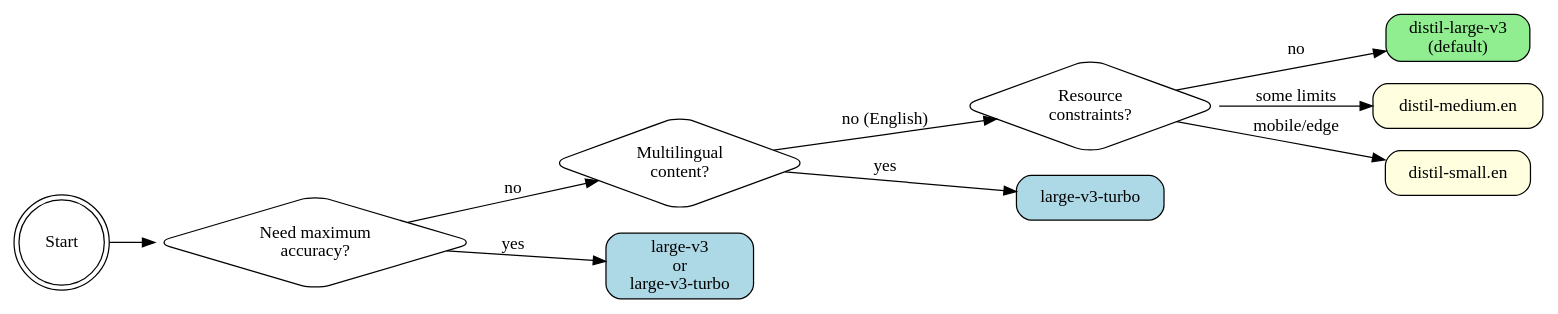
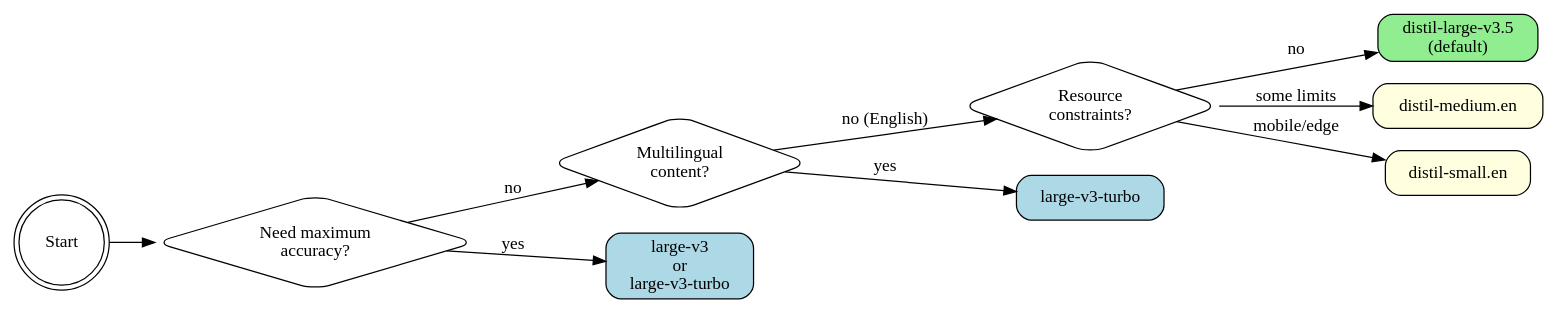
One commit to ThePlasmak/faster-whisper changed the diagram in SKILL.md. Above: the diagram before and after it, drawn with Graphviz. The commit also changed other lines of this file and 3 other files, not shown here.

````diff
--- a/SKILL.md
+++ b/SKILL.md
@@ -48,26 +65,26 @@
 ```dot
 digraph model_selection {
     rankdir=LR;
     node [shape=box, style=rounded];
 
     start [label="Start", shape=doublecircle];
     need_accuracy [label="Need maximum\naccuracy?", shape=diamond];
     multilingual [label="Multilingual\ncontent?", shape=diamond];
     resource_constrained [label="Resource\nconstraints?", shape=diamond];
 
     large_v3 [label="large-v3\nor\nlarge-v3-turbo", style="rounded,filled", fillcolor=lightblue];
     large_turbo [label="large-v3-turbo", style="rounded,filled", fillcolor=lightblue];
-    distil_large [label="distil-large-v3\n(default)", style="rounded,filled", fillcolor=lightgreen];
+    distil_large [label="distil-large-v3.5\n(default)", style="rounded,filled", fillcolor=lightgreen];
     distil_medium [label="distil-medium.en", style="rounded,filled", fillcolor=lightyellow];
     distil_small [label="distil-small.en", style="rounded,filled", fillcolor=lightyellow];
 
     start -> need_accuracy;
     need_accuracy -> large_v3 [label="yes"];
     need_accuracy -> multilingual [label="no"];
     multilingual -> large_turbo [label="yes"];
     multilingual -> resource_constrained [label="no (English)"];
     resource_constrained -> distil_small [label="mobile/edge"];
     resource_constrained -> distil_medium [label="some limits"];
     resource_constrained -> distil_large [label="no"];
 }
 ```
````
